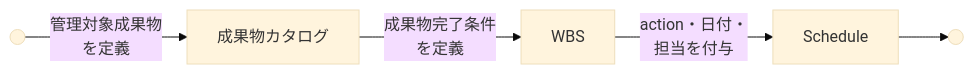
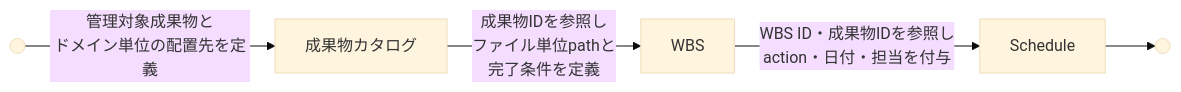
One commit to specdojo/specdojo changed the diagram in docs/ja/handbook/guidelines/specdojo-deliverables-to-schedule-guide.md. Above: the diagram before and after it, drawn with Mermaid (base theme). The commit also changed other lines of this file and 2 other files, not shown here.

Commit message:
docs(ai-update): wbs-rulebookとschema, deliverables-to-schedule-guideの整合性を確認し見直し

````diff
--- a/docs/ja/handbook/guidelines/specdojo-deliverables-to-schedule-guide.md
+++ b/docs/ja/handbook/guidelines/specdojo-deliverables-to-schedule-guide.md
@@ -82,7 +85,7 @@
 ```mermaid
 flowchart LR
-    START(( )) -->|管理対象成果物<br/>を定義| A["成果物カタログ"]
-    A -->|成果物完了条件<br/>を定義| B["WBS"]
-    B -->|action・日付・<br/>担当を付与|C["Schedule"]
+    START(( )) -->|管理対象成果物と<br/>ドメイン単位の配置先を定義| A["成果物カタログ"]
+    A -->|成果物IDを参照し<br/>ファイル単位pathと<br/>完了条件を定義| B["WBS"]
+    B -->|WBS ID・成果物IDを参照し<br/>action・日付・担当を付与| C["Schedule"]
     C --> END(( ))
 ```
````
